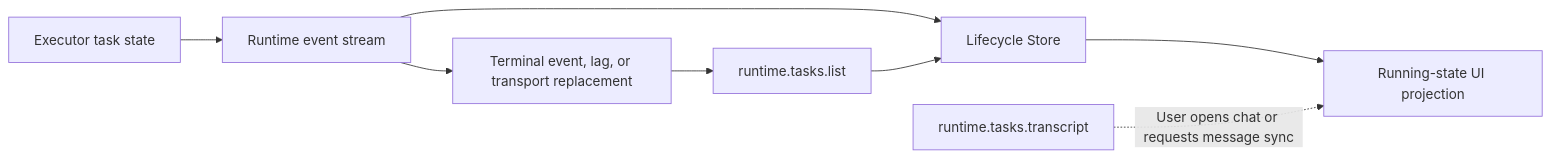
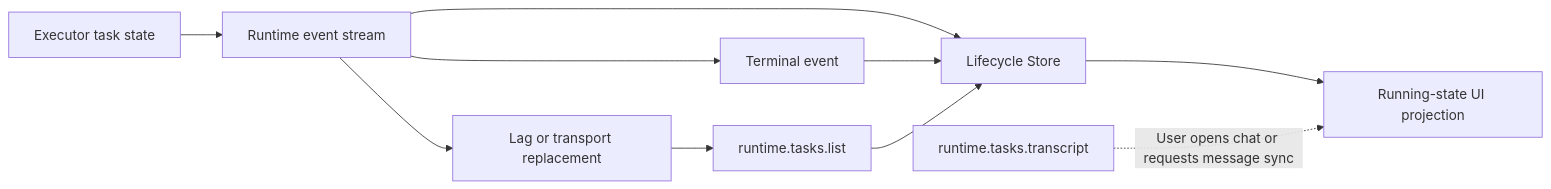
One commit to wecode-ai/Wegent changed the first of 2 diagrams in docs/en/architecture/runtime-task-lifecycle-reconciliation.md. Above: the diagram before and after it, drawn with Mermaid. The commit also changed other lines of this file and 5 other files, not shown here.

````diff
--- a/docs/en/architecture/runtime-task-lifecycle-reconciliation.md
+++ b/docs/en/architecture/runtime-task-lifecycle-reconciliation.md
@@ -13,10 +13,12 @@
 ```mermaid
 flowchart LR
     EXEC[Executor task state] --> STREAM[Runtime event stream]
     STREAM --> STORE[Lifecycle Store]
     STORE --> UI[Running-state UI projection]
-    STREAM --> SIGNAL[Terminal event, lag, or transport replacement]
+    STREAM --> TERMINAL[Terminal event]
+    TERMINAL --> STORE
+    STREAM --> SIGNAL[Lag or transport replacement]
     SIGNAL --> LIST[runtime.tasks.list]
     LIST --> STORE
     TRANSCRIPT[runtime.tasks.transcript] -. User opens chat or requests message sync .-> UI
 ```
````
